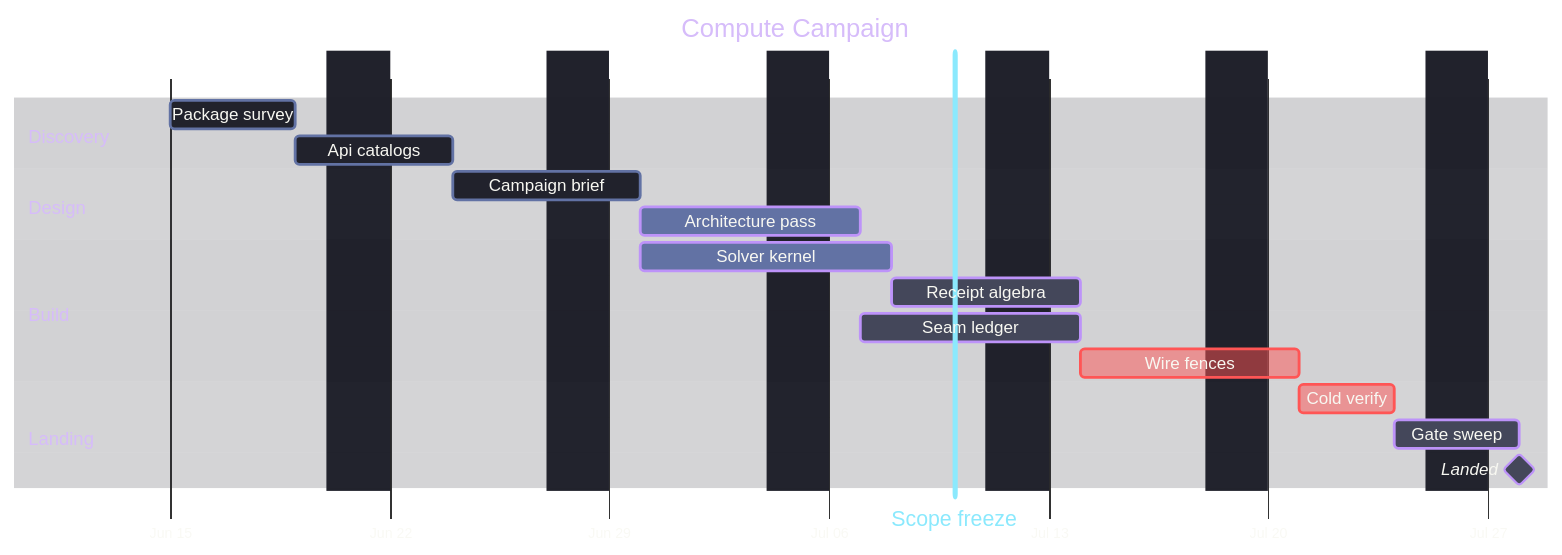
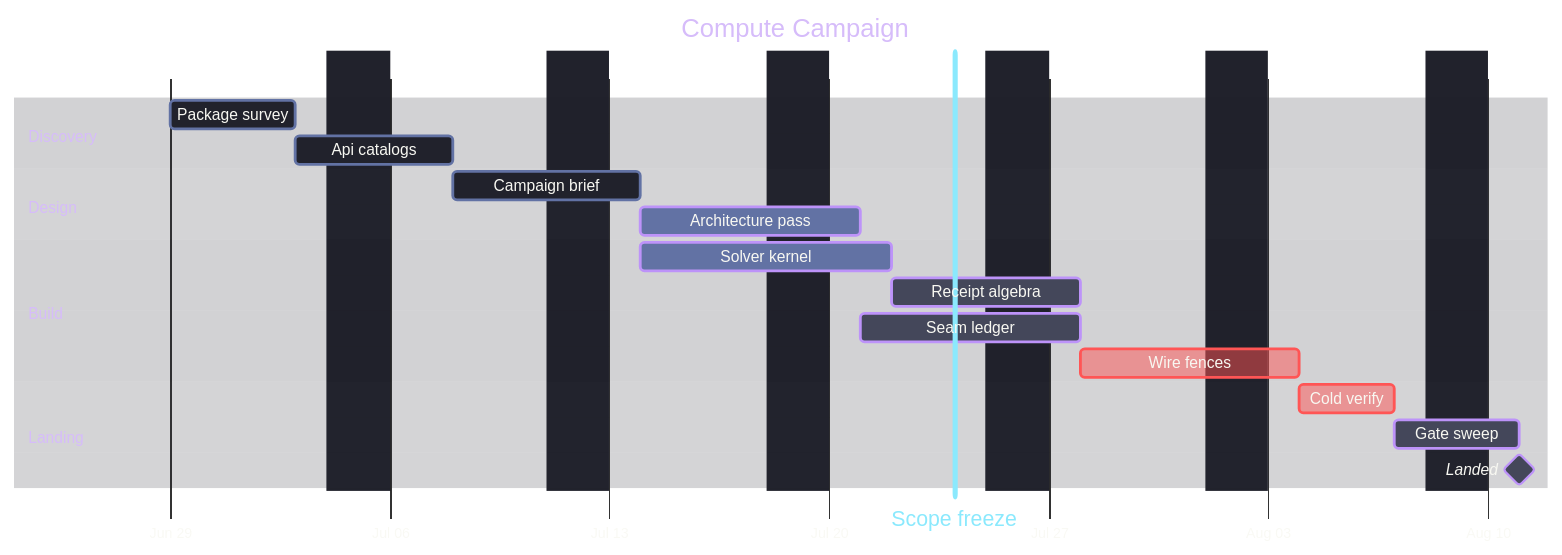
The diagram in .claude/skills/mermaid-diagramming/templates/schedule.mmd.md (bsamiee/Rasm), drawn with Mermaid before and after one commit. The commit also changed other lines of this file and 26 other files, not shown here.

First line of the commit message:
skill: mermaid-diagramming full-estate rebuild — 26-attacker adversarial audit, 11.16 alignment, hardened gates

````diff
--- a/.claude/skills/mermaid-diagramming/templates/schedule.mmd.md
+++ b/.claude/skills/mermaid-diagramming/templates/schedule.mmd.md
@@ -5,68 +5,66 @@
 ```mermaid
 ---
 config:
   theme: base
   look: classic
   gantt:
-    fontSize: 12
-    sectionFontSize: 13
     barHeight: 20
     barGap: 5
     topPadding: 70
     leftPadding: 110
     rightPadding: 40
     gridLineStartPadding: 35
   themeVariables:
     darkMode: true
     fontFamily: "SF Mono, Menlo, Cascadia Mono, Segoe UI Mono, Consolas, monospace"
     useGradient: false
     dropShadow: "none"
     textColor: "#F8F8F2"
     titleColor: "#D6BCFA"
     taskTextColor: "#F8F8F2"
     taskTextOutsideColor: "#F8F8F2"
     taskTextDarkColor: "#F8F8F2"
     gridColor: "#6272A4"
     excludeBkgColor: "#21222C"
     sectionBkgColor: "#21222C"
     sectionBkgColor2: "#21222C"
     altSectionBkgColor: "#282A36"
     taskBkgColor: "#44475A"
     taskBorderColor: "#BD93F9"
     activeTaskBkgColor: "#6272A4"
     activeTaskBorderColor: "#BD93F9"
     doneTaskBkgColor: "#21222C"
     doneTaskBorderColor: "#6272A4"
     critBkgColor: "#FF555580"
     critBorderColor: "#FF5555"
     todayLineColor: "#FF79C6"
     vertLineColor: "#8BE9FD"
   themeCSS: ".sectionTitle{font-size:13.5px;font-weight:700;fill:#D6BCFA}.taskText,.taskTextOutsideRight,.taskTextOutsideLeft{font-size:12px}.grid .tick text{font-size:11px}.titleText{font-size:15px;font-weight:600}.vert{fill-opacity:.35;stroke-opacity:.6}.vertText{font-size:11px}"
 ---
 gantt
   accTitle: Compute campaign schedule
   accDescr: A six-week compute campaign from survey and brief through parallel kernel and seam workstreams, gated by a scope freeze, converging on a verified landing milestone.
   title Compute Campaign
   dateFormat YYYY-MM-DD
   axisFormat %b %d
   tickInterval 1week
   weekday monday
   excludes weekends
   todayMarker stroke-width:2px,stroke:#FF79C6,opacity:0.55
   section Discovery
-  Package survey :done, d1, 2026-06-15, 4d
+  Package survey :done, d1, 2026-06-29, 4d
   Api catalogs :done, d2, after d1, 3d
   section Design
   Campaign brief :done, b1, after d2, 4d
   Architecture pass :active, b2, after b1, 5d
-  Scope freeze :vert, v1, 2026-07-10, 0d
+  Scope freeze :vert, v1, 2026-07-24, 0d
   section Build
   Solver kernel :active, k1, after b1, 6d
   Receipt algebra :k2, after k1, 4d
   Seam ledger :s1, after b2, 5d
   Wire fences :crit, s2, after s1, 5d
   section Landing
   Cold verify :crit, l1, after k2 s2, 3d
   Gate sweep :l2, after l1, 2d
   Landed :milestone, m1, after l2, 0d
 ```
````
